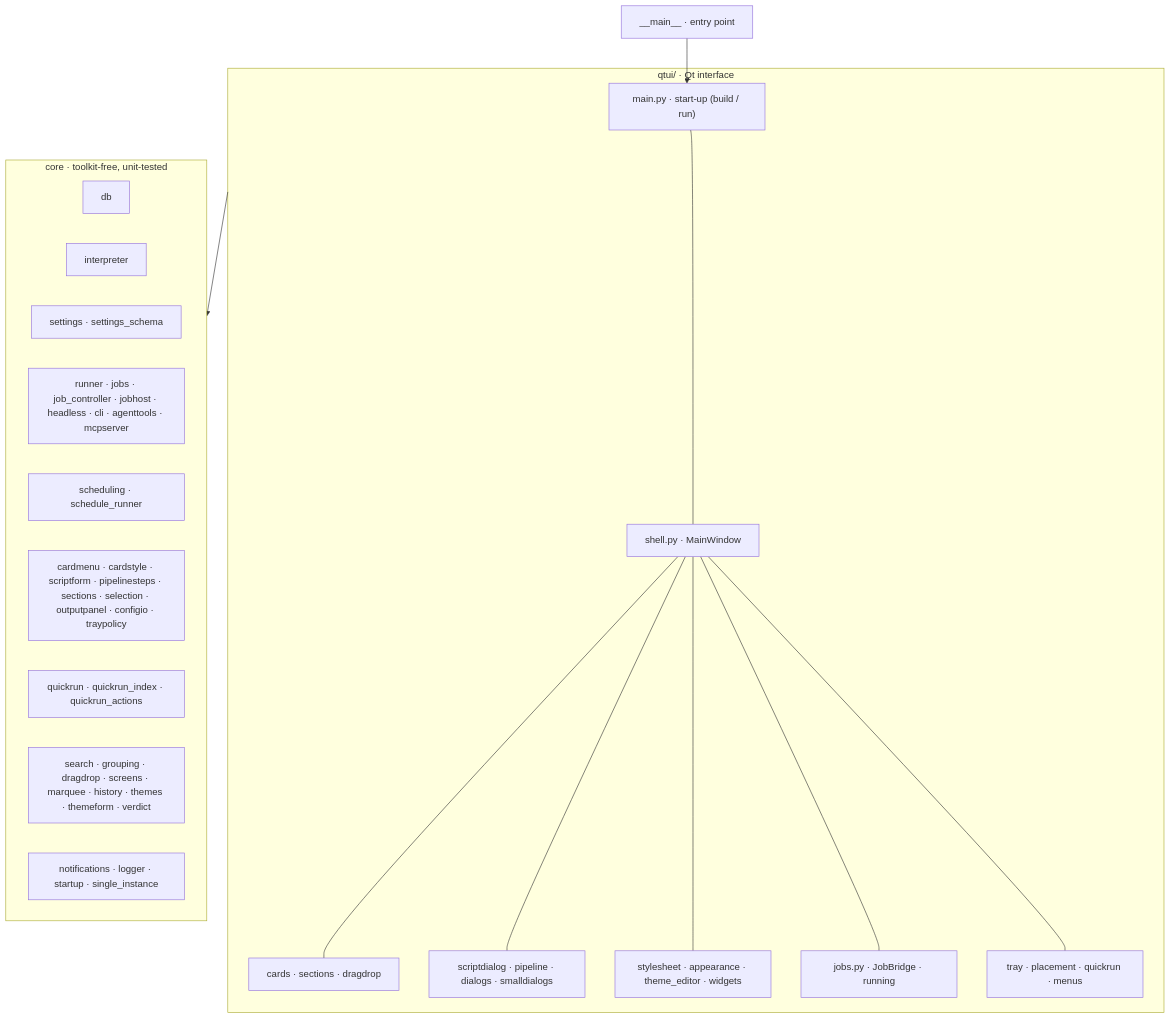
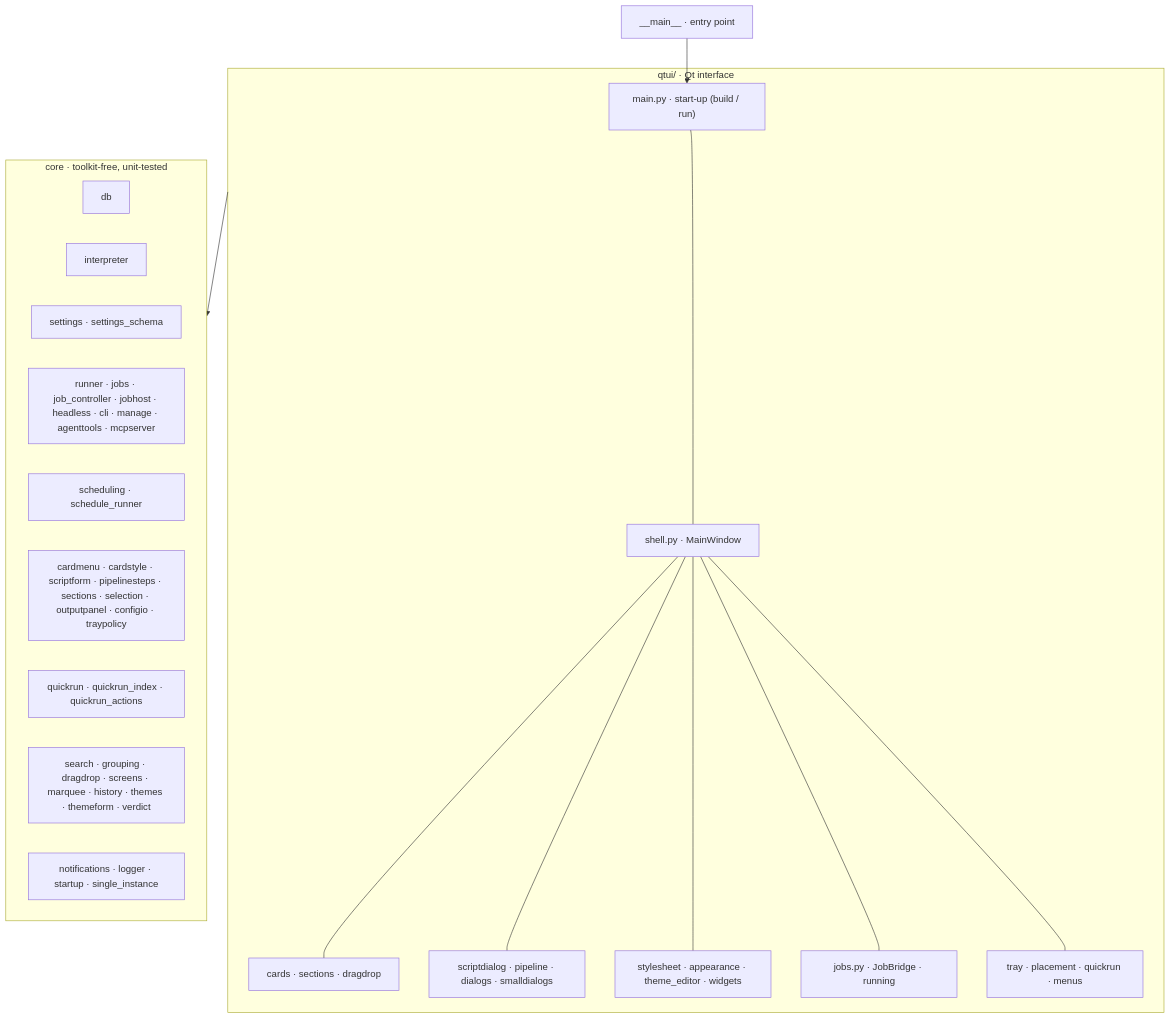
Before and after one commit to lqvu-zen/RYOS: the diagram in docs/ARCHITECTURE.md, drawn with Mermaid. The commit also changed other lines of this file and 10 other files, not shown here.

````diff
--- a/docs/ARCHITECTURE.md
+++ b/docs/ARCHITECTURE.md
@@ -8,34 +8,34 @@
 ```mermaid
 flowchart TD
     main["__main__ · entry point"] --> qtmain
 
     subgraph ui["qtui/ · Qt interface"]
         qtmain["main.py · start-up (build / run)"]
         shell["shell.py · MainWindow"]
         cards["cards · sections · dragdrop"]
         dialogs["scriptdialog · pipeline · dialogs · smalldialogs"]
         look["stylesheet · appearance · theme_editor · widgets"]
         bridge["jobs.py · JobBridge · running"]
         tray["tray · placement · quickrun · menus"]
         qtmain --- shell
         shell --- cards
         shell --- dialogs
         shell --- look
         shell --- bridge
         shell --- tray
     end
 
     subgraph core["core · toolkit-free, unit-tested"]
         db["db"]
         interpreter["interpreter"]
         settings["settings · settings_schema"]
-        run["runner · jobs · job_controller · jobhost · headless · cli · agenttools · mcpserver"]
+        run["runner · jobs · job_controller · jobhost · headless · cli · manage · agenttools · mcpserver"]
         sched["scheduling · schedule_runner"]
         rules["cardmenu · cardstyle · scriptform · pipelinesteps · sections · selection · outputpanel · configio · traypolicy"]
         quickrun["quickrun · quickrun_index · quickrun_actions"]
         misc["search · grouping · dragdrop · screens · marquee · history · themes · themeform · verdict"]
         infra["notifications · logger · startup · single_instance"]
     end
 
     ui --> core
 ```
````
